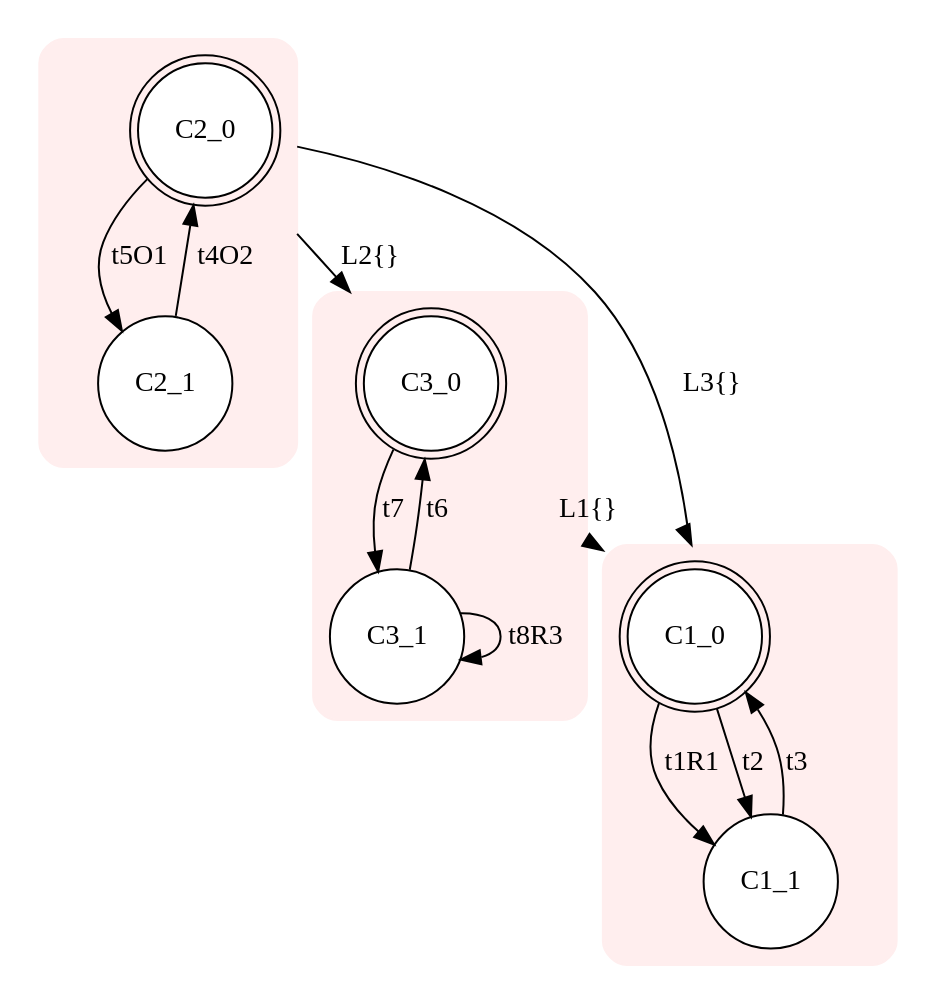
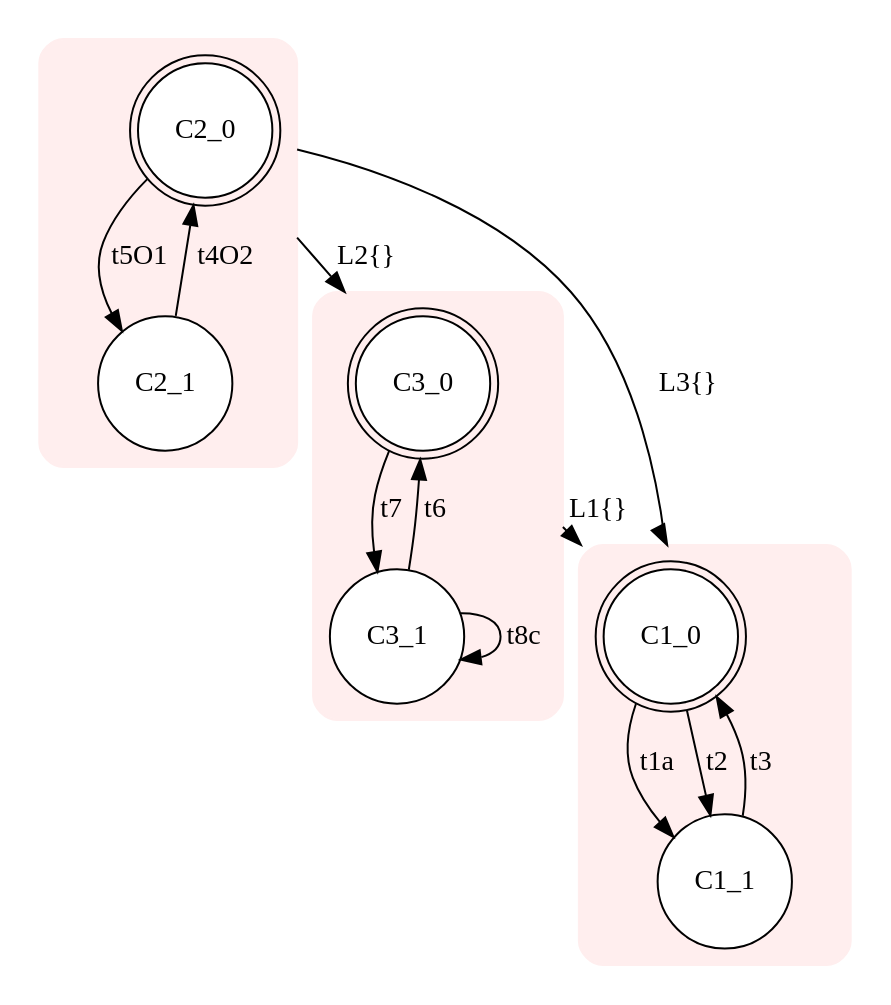
Before and after one commit to Stefano-BS/Explanatory-Diagnosis: the diagram in input/i.dot, drawn with Graphviz. The commit also changed 71 other files, not shown here.

```diff
--- a/input/i.dot
+++ b/input/i.dot
@@ -1,26 +1,26 @@
 digraph "input/i" {
 node [style=filled fillcolor=white] compound=true
 subgraph cluster1 {
 style="rounded,filled" color="#FFEEEE"node [shape=doublecircle]; C1_0;
 node [shape=circle];
-C1_0 -> C1_1 [label="t1R1"];
+C1_0 -> C1_1 [label="t1a"];
 C1_0 -> C1_1 [label="t2"];
 C1_1 -> C1_0 [label="t3"];
 }
 subgraph cluster2 {
 style="rounded,filled" color="#FFEEEE"node [shape=doublecircle]; C2_0;
 node [shape=circle];
 C2_1 -> C2_0 [label="t4O2"];
 C2_0 -> C2_1 [label="t5O1"];
 }
 subgraph cluster3 {
 style="rounded,filled" color="#FFEEEE"node [shape=doublecircle]; C3_0;
 node [shape=circle];
 C3_1 -> C3_0 [label="t6"];
 C3_0 -> C3_1 [label="t7"];
-C3_1 -> C3_1 [label="t8R3"];
+C3_1 -> C3_1 [label="t8c"];
 }
 C3_0 -> C1_0 [ltail=cluster3 lhead=cluster1 label="L1{}"];
 C2_0 -> C3_0 [ltail=cluster2 lhead=cluster3 label="L2{}"];
 C2_0 -> C1_0 [ltail=cluster2 lhead=cluster1 label="L3{}"];
 }
```
